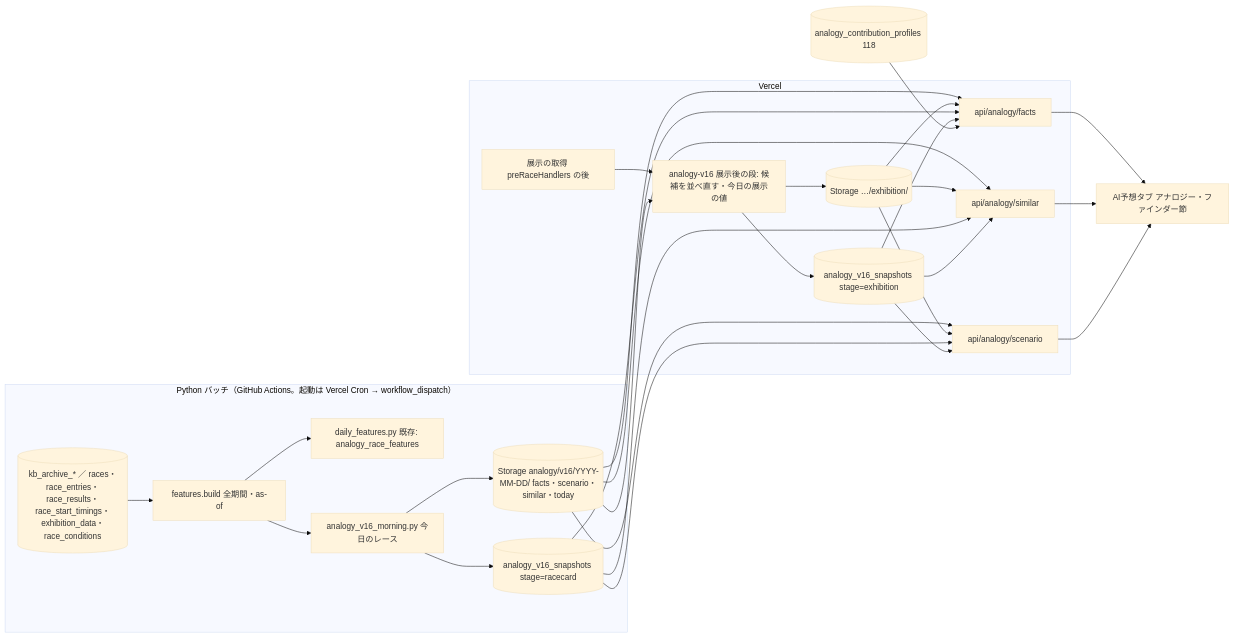
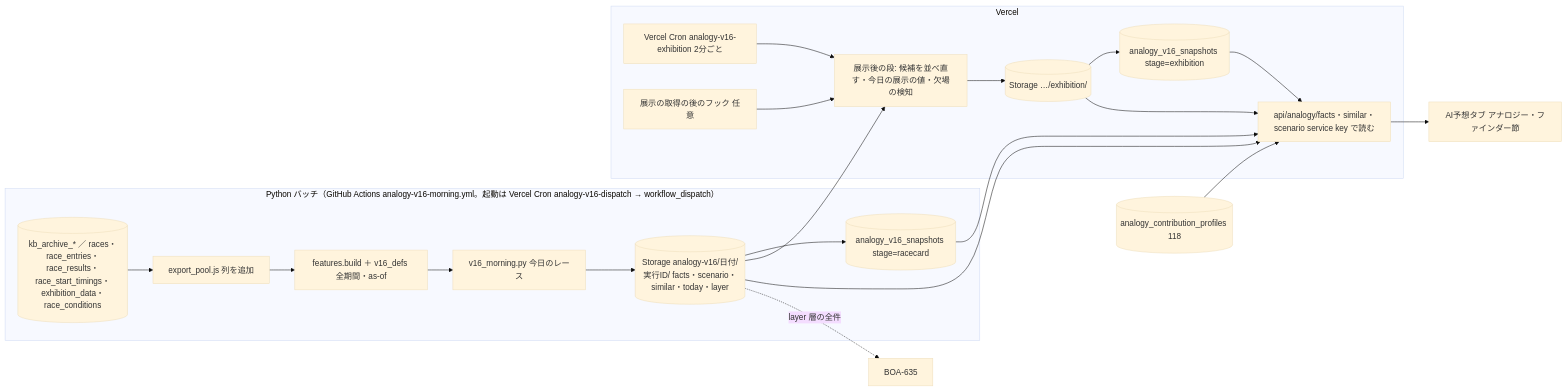
Before and after one commit to rhapsody0919/boatrace-ai-predictor: the first of 3 diagrams in docs/design/analogy-finder/plan.md, drawn with Mermaid (base theme). The commit also changed other lines of this file and 5 other files, not shown here.

````diff
--- a/docs/design/analogy-finder/plan.md
+++ b/docs/design/analogy-finder/plan.md
@@ -13,20 +14,23 @@
 ```mermaid
 flowchart LR
-  subgraph Batch["Python バッチ（GitHub Actions。起動は Vercel Cron → workflow_dispatch）"]
-    SRC[(kb_archive_* ／ races・race_entries・race_results・race_start_timings・exhibition_data・race_conditions)] --> FB[features.build 全期間・as-of]
-    FB --> DF[daily_features.py 既存: analogy_race_features]
-    FB --> M[analogy_v16_morning.py 今日のレース]
-    M --> ST1[(Storage analogy/v16/YYYY-MM-DD/ facts・scenario・similar・today)]
-    M --> SN[(analogy_v16_snapshots stage=racecard)]
+  subgraph Batch["Python バッチ（GitHub Actions analogy-v16-morning.yml。起動は Vercel Cron analogy-v16-dispatch → workflow_dispatch）"]
+    SRC[(kb_archive_* ／ races・race_entries・race_results・race_start_timings・exhibition_data・race_conditions)] --> EXP[export_pool.js 列を追加]
+    EXP --> FB[features.build ＋ v16_defs 全期間・as-of]
+    FB --> M[v16_morning.py 今日のレース]
+    M --> ST1[(Storage analogy-v16/日付/実行ID/ facts・scenario・similar・today・layer)]
+    ST1 --> SN[(analogy_v16_snapshots stage=racecard)]
   end
   subgraph Vercel
-    EX[展示の取得 preRaceHandlers の後] --> RR[analogy-v16 展示後の段: 候補を並べ直す・今日の展示の値]
+    EXC[Vercel Cron analogy-v16-exhibition 2分ごと] --> RR[展示後の段: 候補を並べ直す・今日の展示の値・欠場の検知]
+    HK[展示の取得の後のフック 任意] --> RR
     ST1 --> RR
     RR --> ST2[(Storage …/exhibition/)]
-    RR --> SN2[(analogy_v16_snapshots stage=exhibition)]
-    API1[api/analogy/facts] & API2[api/analogy/similar] & API3[api/analogy/scenario]
+    ST2 --> SN2[(analogy_v16_snapshots stage=exhibition)]
+    API[api/analogy/facts・similar・scenario service key で読む]
   end
-  ST1 & ST2 & SN & SN2 --> API1 & API2 & API3
-  PR[(analogy_contribution_profiles 118)] --> API1
-  API1 & API2 & API3 --> UI[AI予想タブ アナロジー・ファインダー節]
+  SN & SN2 --> API
+  ST1 & ST2 --> API
+  PR[(analogy_contribution_profiles 118)] --> API
+  API --> UI[AI予想タブ アナロジー・ファインダー節]
+  ST1 -. layer 層の全件 .-> B635[BOA-635]
 ```
````
